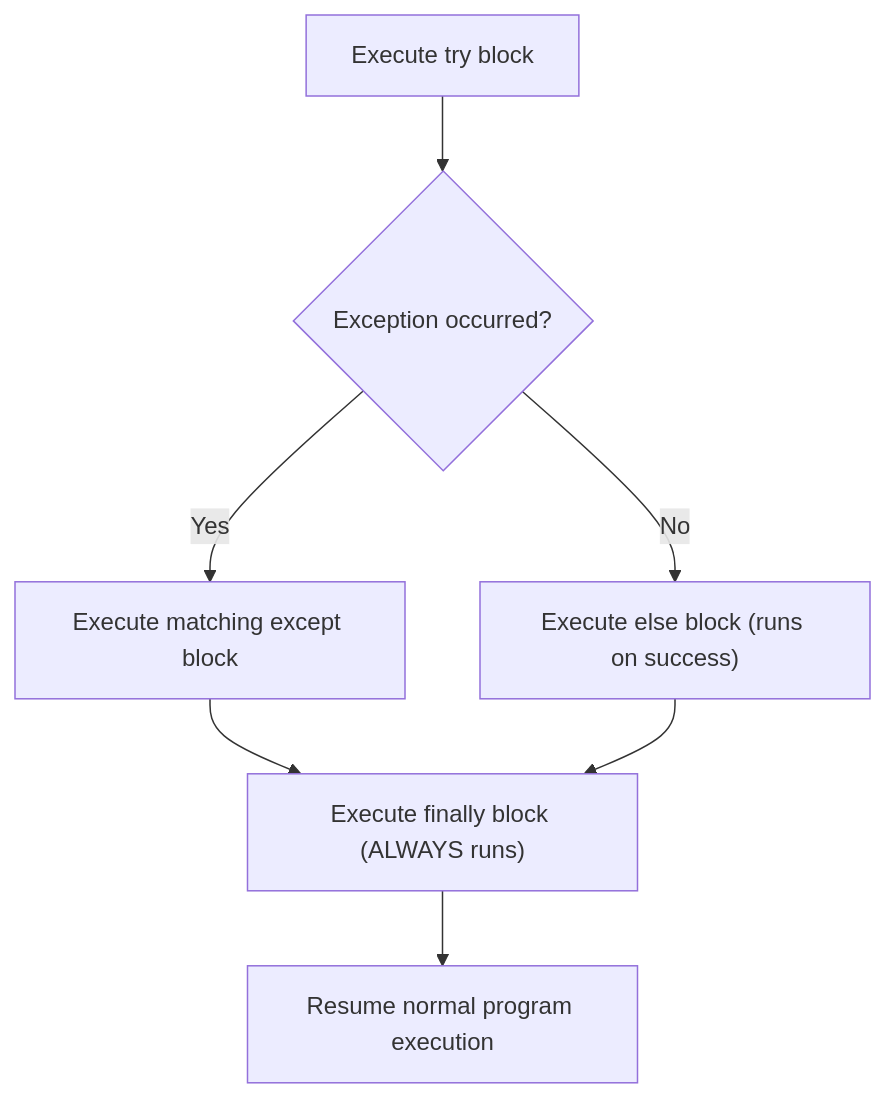
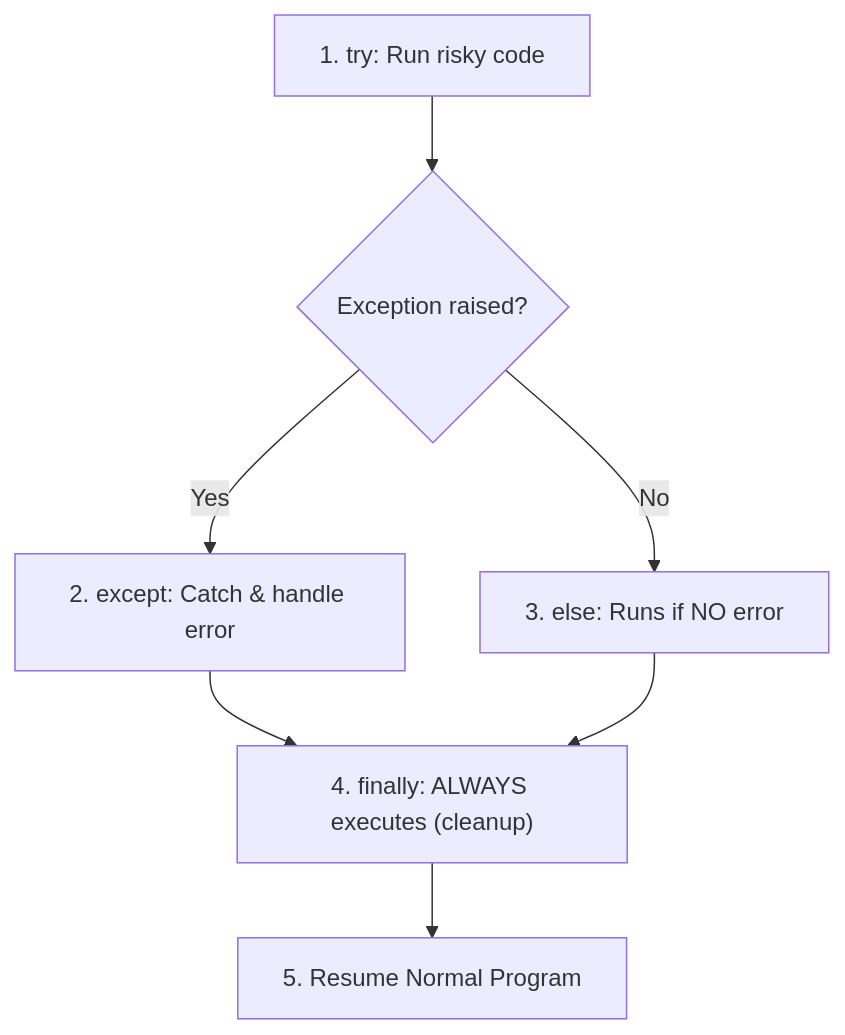
Before and after one commit to spant671-ux/Learning-Python: the fifth of 5 diagrams in NOTES.md, drawn with Mermaid. The commit also changed other lines of this file, not shown here.

````diff
--- a/NOTES.md
+++ b/NOTES.md
@@ -346,9 +398,9 @@
 ```mermaid
 graph TD
-    TryBlock["Execute try block"] --> ErrorCheck{"Exception occurred?"}
-    ErrorCheck -- "Yes" --> Catch["Execute matching except block"]
-    ErrorCheck -- "No" --> Else["Execute else block (runs on success)"]
-    Catch --> Finally["Execute finally block (ALWAYS runs)"]
+    TryBlock["1. try: Run risky code"] --> Check{"Exception raised?"}
+    Check -- "Yes" --> Except["2. except: Catch & handle error"]
+    Check -- "No" --> Else["3. else: Runs if NO error"]
+    Except --> Finally["4. finally: ALWAYS executes (cleanup)"]
     Else --> Finally
-    Finally --> Resume["Resume normal program execution"]
+    Finally --> Resume["5. Resume Normal Program"]
 ```
````
